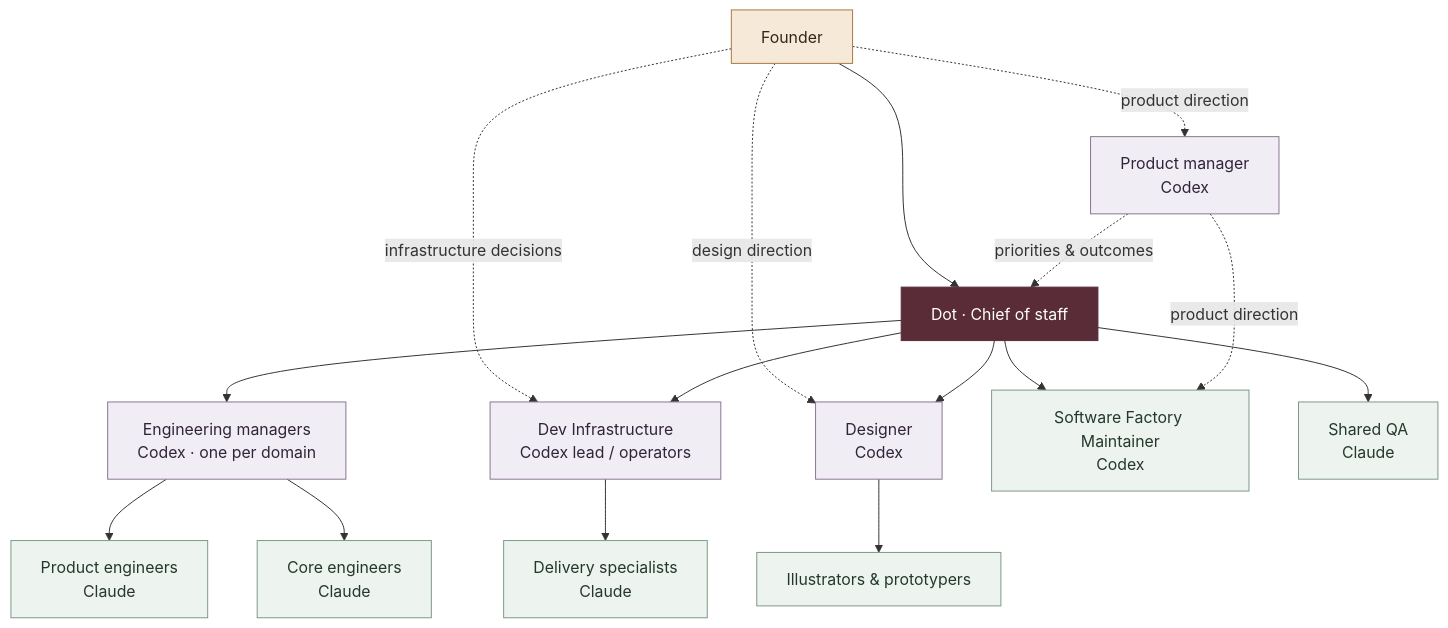
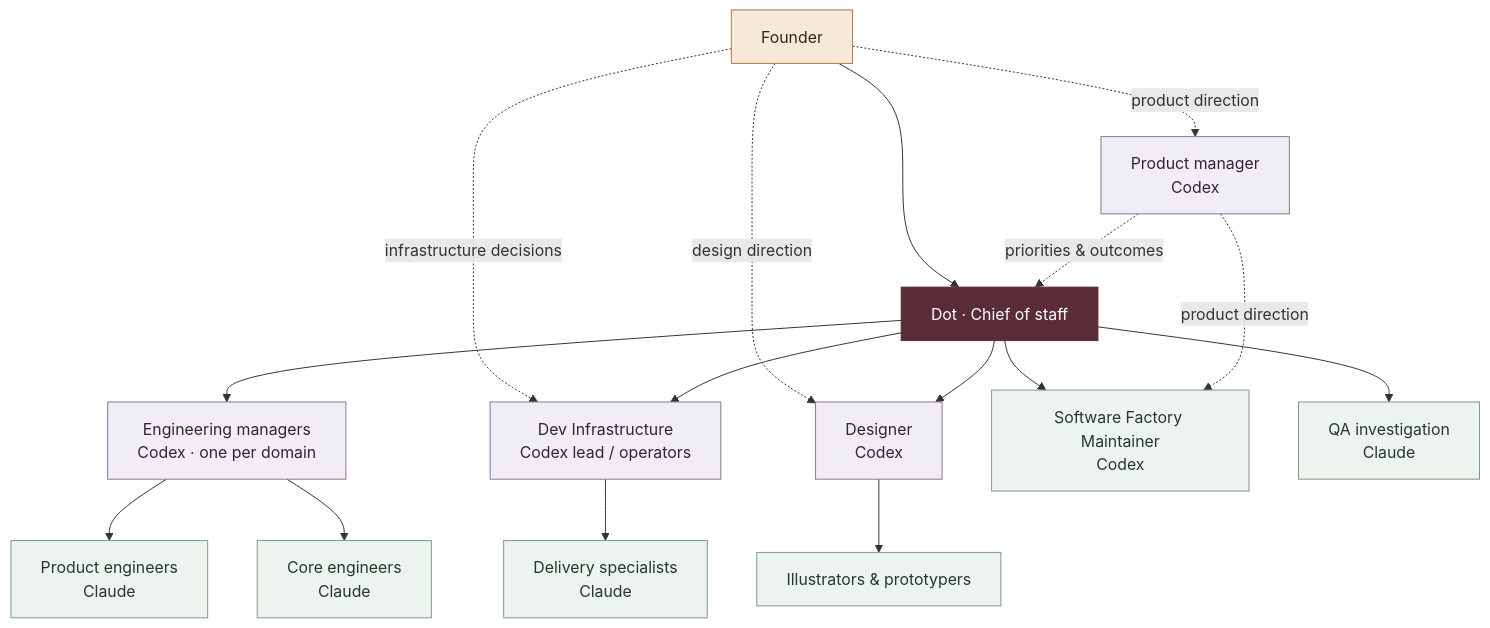
Before and after one commit to Immortal-Protocols/software-factory: the diagram in README.md, drawn with Mermaid. The commit also changed other lines of this file and 1 other file, not shown here.

````diff
--- a/README.md
+++ b/README.md
@@ -23,40 +27,40 @@
 ```mermaid
 flowchart TB
     Founder["Founder"]
     Chief["Dot · Chief of staff"]
     PM["Product manager<br/>Codex"]
     Managers["Engineering managers<br/>Codex · one per domain"]
     Infra["Dev Infrastructure<br/>Codex lead / operators"]
     Design["Designer<br/>Codex"]
     Maintainer["Software Factory Maintainer<br/>Codex"]
     Product["Product engineers<br/>Claude"]
     Core["Core engineers<br/>Claude"]
     Specialists["Delivery specialists<br/>Claude"]
     Creative["Illustrators & prototypers"]
-    QA["Shared QA<br/>Claude"]
+    QA["QA investigation<br/>Claude"]
 
     Founder --> Chief
     Founder -. product direction .-> PM
     Founder -. design direction .-> Design
     Founder -. infrastructure decisions .-> Infra
     PM -. priorities & outcomes .-> Chief
     Chief --> Managers
     Chief --> Infra
     Chief --> Design
     Chief --> QA
     Chief --> Maintainer
     PM -. product direction .-> Maintainer
     Managers --> Product
     Managers --> Core
     Infra --> Specialists
     Design --> Creative
 
     classDef human fill:#f6e9d8,stroke:#a87943,color:#34261d
     classDef chief fill:#592c38,stroke:#592c38,color:#fff
     classDef lead fill:#f1edf5,stroke:#897590,color:#302538
     classDef maker fill:#edf3ef,stroke:#7d9986,color:#24392c
     class Founder human
     class Chief chief
     class PM,Managers,Infra,Design lead
     class Product,Core,Specialists,Creative,QA,Maintainer maker
 ```
````
